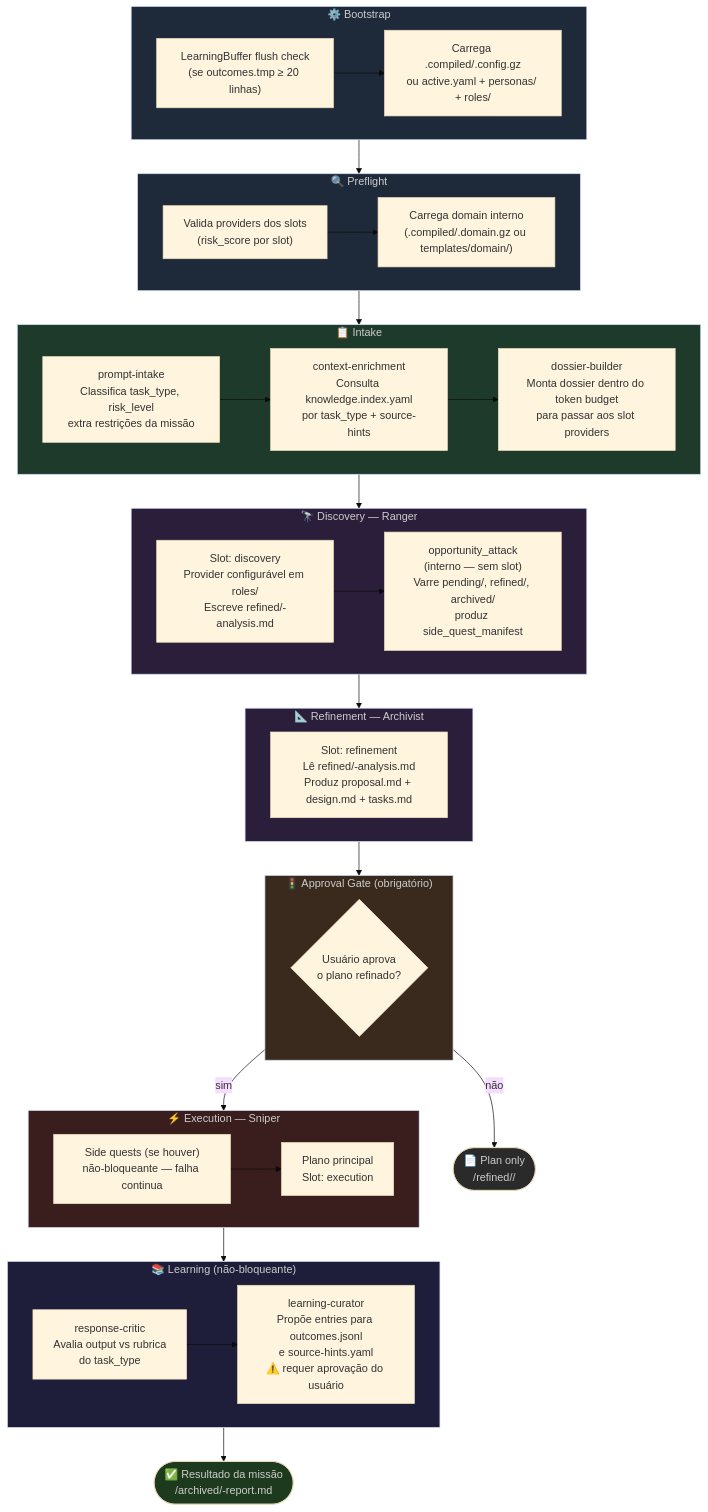
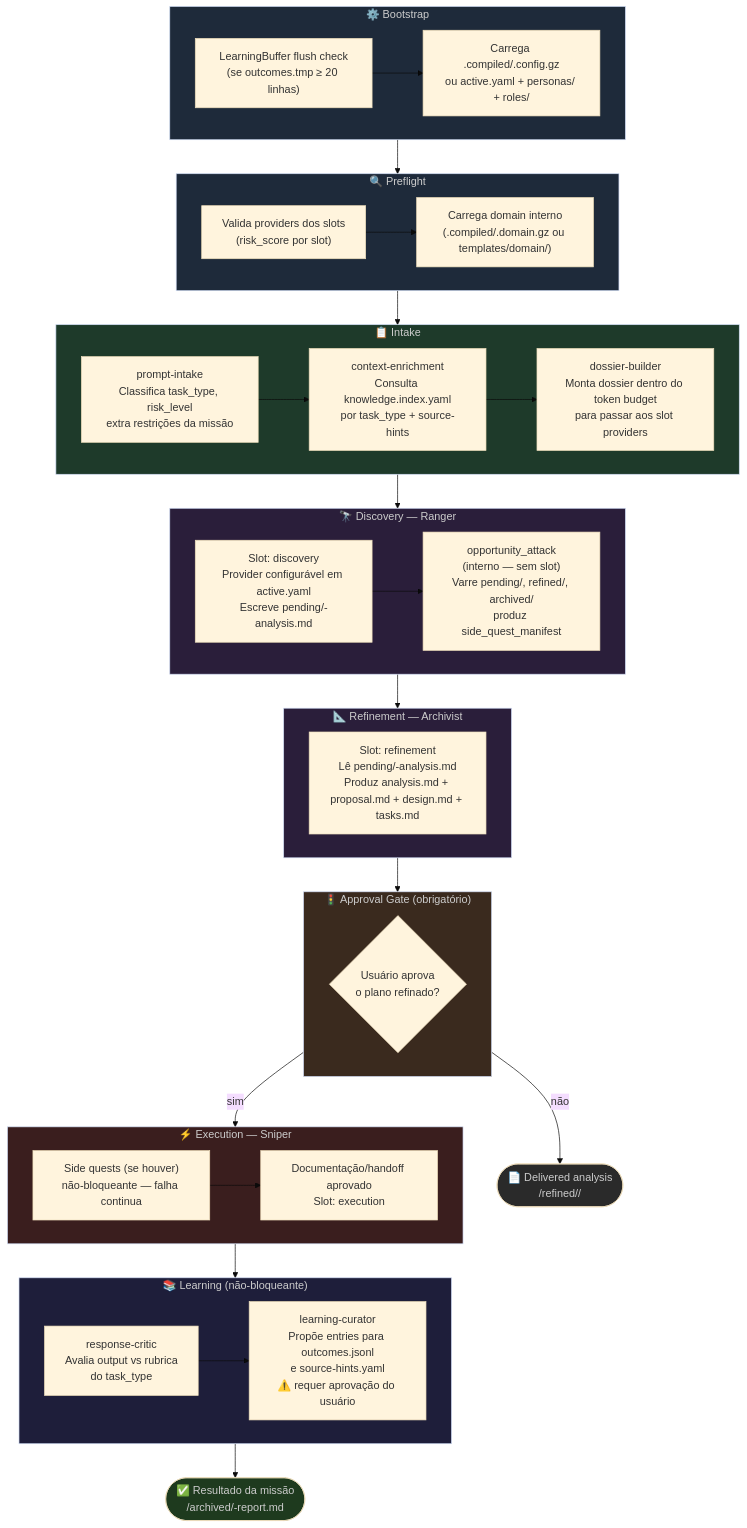
One commit to SergioLacerda/strategist-skill changed the fourth of 5 diagrams in docs/c4-diagrams.md. Above: the diagram before and after it, drawn with Mermaid (base theme). The commit also changed other lines of this file and 20 other files, not shown here.

````diff
--- a/docs/c4-diagrams.md
+++ b/docs/c4-diagrams.md
@@ -103,65 +103,65 @@
 ```mermaid
 flowchart TD
     subgraph bootstrap["⚙️ Bootstrap"]
         B1["LearningBuffer flush check\n(se outcomes.tmp ≥ 20 linhas)"]
         B2["Carrega .compiled/.config.gz\nou active.yaml + personas/ + roles/"]
         B1 --> B2
     end
 
     subgraph preflight["🔍 Preflight"]
         P1["Valida providers dos slots\n(risk_score por slot)"]
         P2["Carrega domain interno\n(.compiled/.domain.gz ou templates/domain/)"]
         P1 --> P2
     end
 
     subgraph intake["📋 Intake"]
         I1["prompt-intake\nClassifica task_type, risk_level\nextra restrições da missão"]
         I2["context-enrichment\nConsulta knowledge.index.yaml\npor task_type + source-hints"]
         I3["dossier-builder\nMonta dossier dentro do token budget\npara passar aos slot providers"]
         I1 --> I2 --> I3
     end
 
     subgraph discovery["🔭 Discovery — Ranger"]
-        D1["Slot: discovery\nProvider configurável em roles/\nEscreve refined/<id>-analysis.md"]
+        D1["Slot: discovery\nProvider configurável em active.yaml\nEscreve pending/<id>-analysis.md"]
         D2["opportunity_attack\n(interno — sem slot)\nVarre pending/, refined/, archived/\nproduz side_quest_manifest"]
         D1 --> D2
     end
 
     subgraph refinement["📐 Refinement — Archivist"]
-        R1["Slot: refinement\nLê refined/<id>-analysis.md\nProduz proposal.md + design.md + tasks.md"]
+        R1["Slot: refinement\nLê pending/<id>-analysis.md\nProduz analysis.md + proposal.md + design.md + tasks.md"]
     end
 
     subgraph gate["🚦 Approval Gate (obrigatório)"]
         AG{"Usuário aprova\no plano refinado?"}
     end
 
     subgraph execution["⚡ Execution — Sniper"]
         E1["Side quests (se houver)\nnão-bloqueante — falha continua"]
-        E2["Plano principal\nSlot: execution"]
+        E2["Documentação/handoff aprovado\nSlot: execution"]
         E1 --> E2
     end
 
     subgraph learning["📚 Learning (não-bloqueante)"]
         L1["response-critic\nAvalia output vs rubrica\ndo task_type"]
         L2["learning-curator\nPropõe entries para outcomes.jsonl\ne source-hints.yaml\n⚠️ requer aprovação do usuário"]
         L1 --> L2
     end
 
     RESULT(["✅ Resultado da missão\n<base_path>/archived/<id>-report.md"])
-    PLAN_ONLY(["📄 Plan only\n<base_path>/refined/<id>/"])
+    NO_EXEC(["📄 Delivered analysis\n<base_path>/refined/<id>/"])
 
     bootstrap --> preflight --> intake --> discovery --> refinement --> gate
     gate -- "sim" --> execution --> learning --> RESULT
-    gate -- "não" --> PLAN_ONLY
+    gate -- "não" --> NO_EXEC
 
     style bootstrap fill:#1e2a3a,color:#ccc
     style preflight fill:#1e2a3a,color:#ccc
     style intake fill:#1e3a2a,color:#ccc
     style discovery fill:#2a1e3a,color:#ccc
     style refinement fill:#2a1e3a,color:#ccc
     style gate fill:#3a2a1e,color:#ccc
     style execution fill:#3a1e1e,color:#ccc
     style learning fill:#1e1e3a,color:#ccc
     style RESULT fill:#1e3a1e,color:#ccc
-    style PLAN_ONLY fill:#2a2a2a,color:#ccc
+    style NO_EXEC fill:#2a2a2a,color:#ccc
 ```
````
